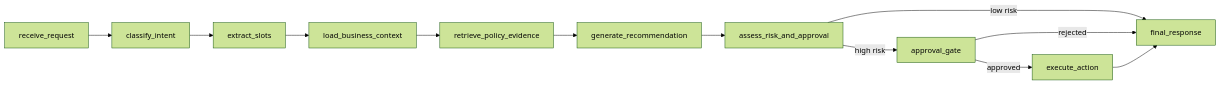
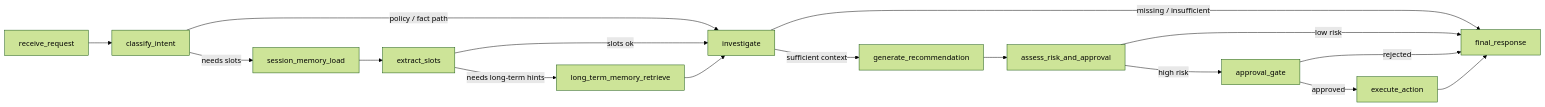
Before and after one commit to weijie567/MOCA: the second of 2 diagrams in README.md, drawn with Mermaid (forest theme). The commit also changed other lines of this file and 10 other files, not shown here.

Commit message:
docs: align session memory contracts

````diff
--- a/README.md
+++ b/README.md
@@ -42,14 +43,18 @@
 ```mermaid
 graph LR
     A[receive_request] --> B[classify_intent]
-    B --> C[extract_slots]
-    C --> D[load_business_context]
-    D --> E[retrieve_policy_evidence]
-    E --> F[generate_recommendation]
+    B -->|needs slots| C[session_memory_load]
+    B -->|policy / fact path| E[investigate]
+    C --> D[extract_slots]
+    D -->|slots ok| E
+    D -->|needs long-term hints| L[long_term_memory_retrieve]
+    L --> E
+    E -->|sufficient context| F[generate_recommendation]
+    E -->|missing / insufficient| H[final_response]
     F --> G[assess_risk_and_approval]
     G -->|low risk| H[final_response]
     G -->|high risk| I[approval_gate]
     I -->|approved| J[execute_action]
     I -->|rejected| H
     J --> H
 ```
````
